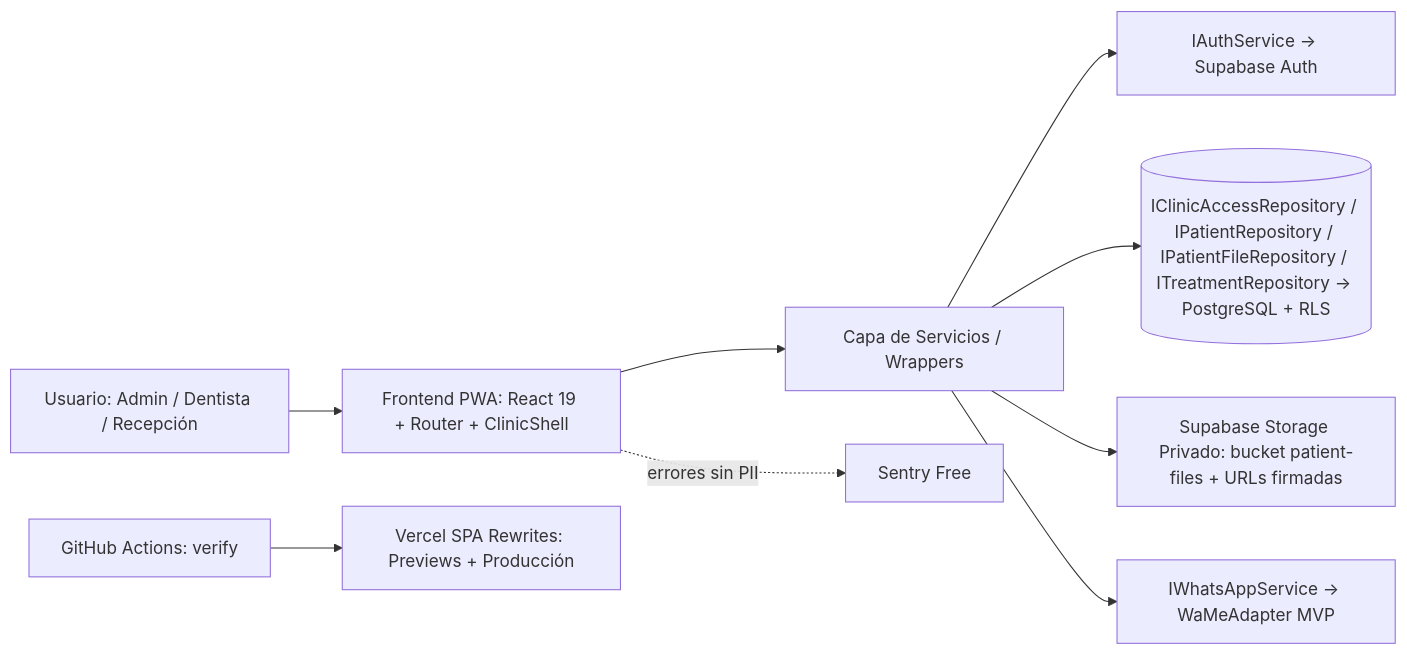
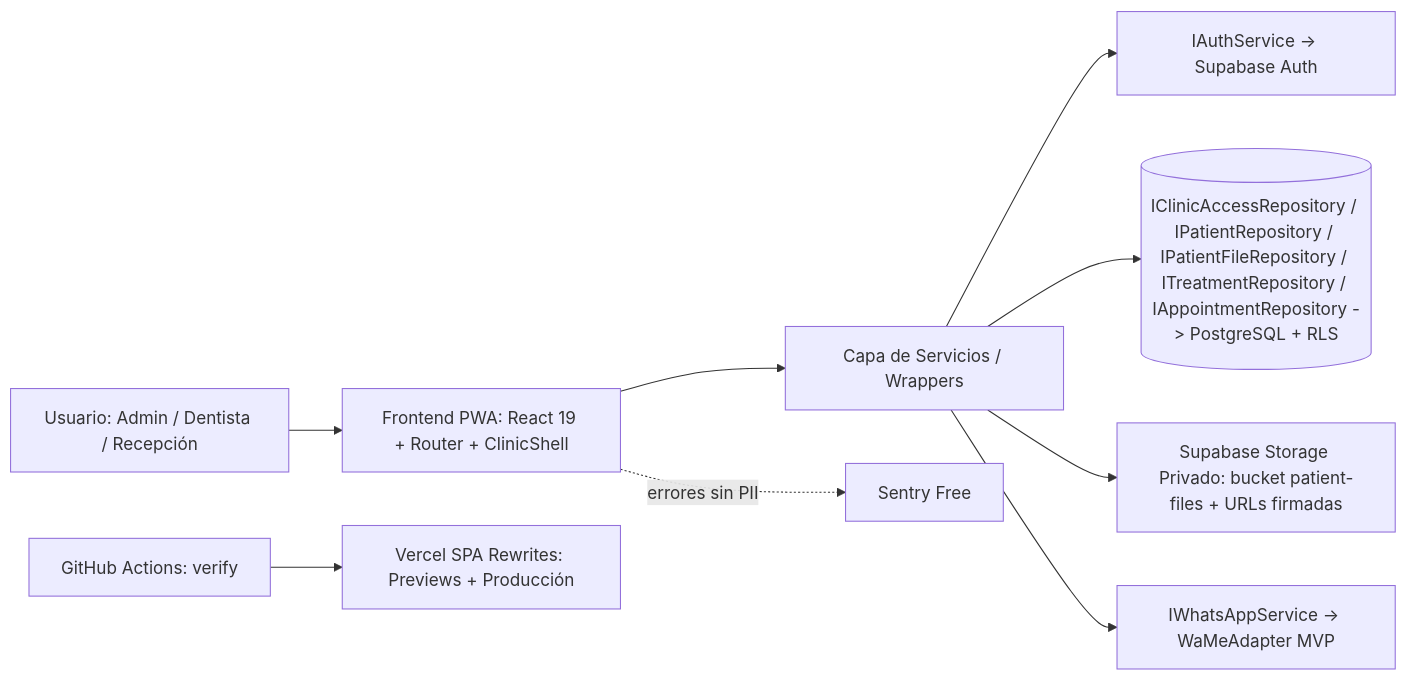
The diagram in docs/ARQUITECTURA.md (augustoalr/dentalcare), drawn with Mermaid before and after one commit. The commit also changed other lines of this file and 25 other files, not shown here.

````diff
--- a/docs/ARQUITECTURA.md
+++ b/docs/ARQUITECTURA.md
@@ -7,11 +7,11 @@
 ```mermaid
 flowchart LR
     U[Usuario: Admin / Dentista / Recepción] --> W[Frontend PWA: React 19 + Router + ClinicShell]
     W --> WRAP[Capa de Servicios / Wrappers]
     WRAP --> AUTH[IAuthService -> Supabase Auth]
-    WRAP --> DB[(IClinicAccessRepository / IPatientRepository / IPatientFileRepository / ITreatmentRepository -> PostgreSQL + RLS)]
+    WRAP --> DB[(IClinicAccessRepository / IPatientRepository / IPatientFileRepository / ITreatmentRepository / IAppointmentRepository -> PostgreSQL + RLS)]
     WRAP --> ST[Supabase Storage Privado: bucket patient-files + URLs firmadas]
     WRAP --> WA[IWhatsAppService -> WaMeAdapter MVP]
     W -. errores sin PII .-> SEN[Sentry Free]
     GH[GitHub Actions: verify] --> V[Vercel SPA Rewrites: Previews + Producción]
 ```
````
